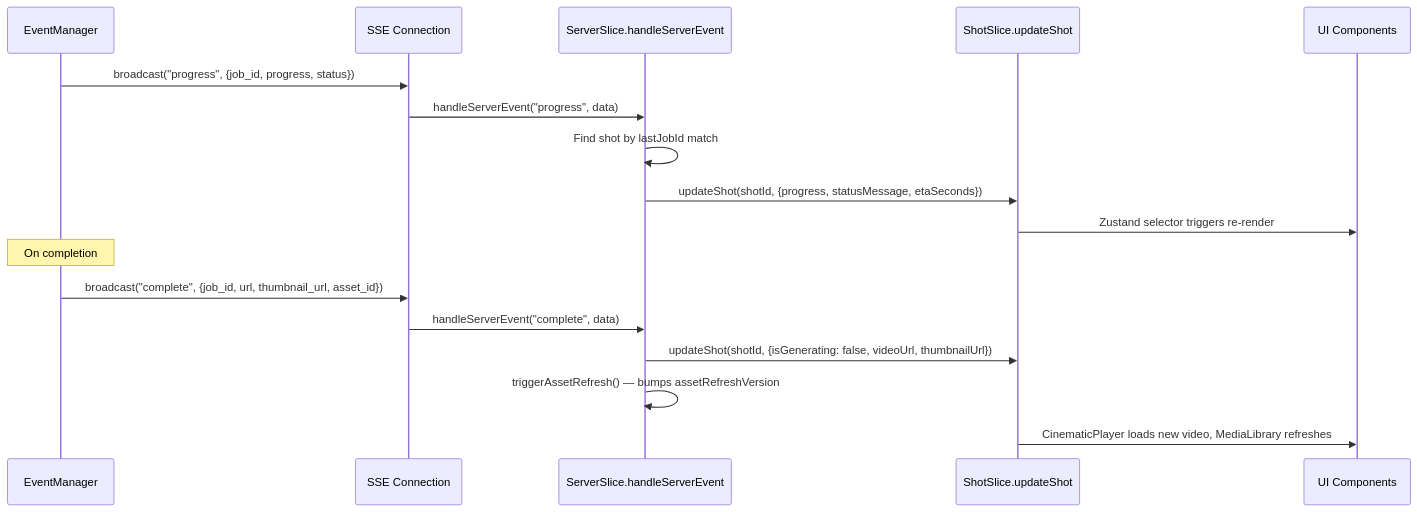
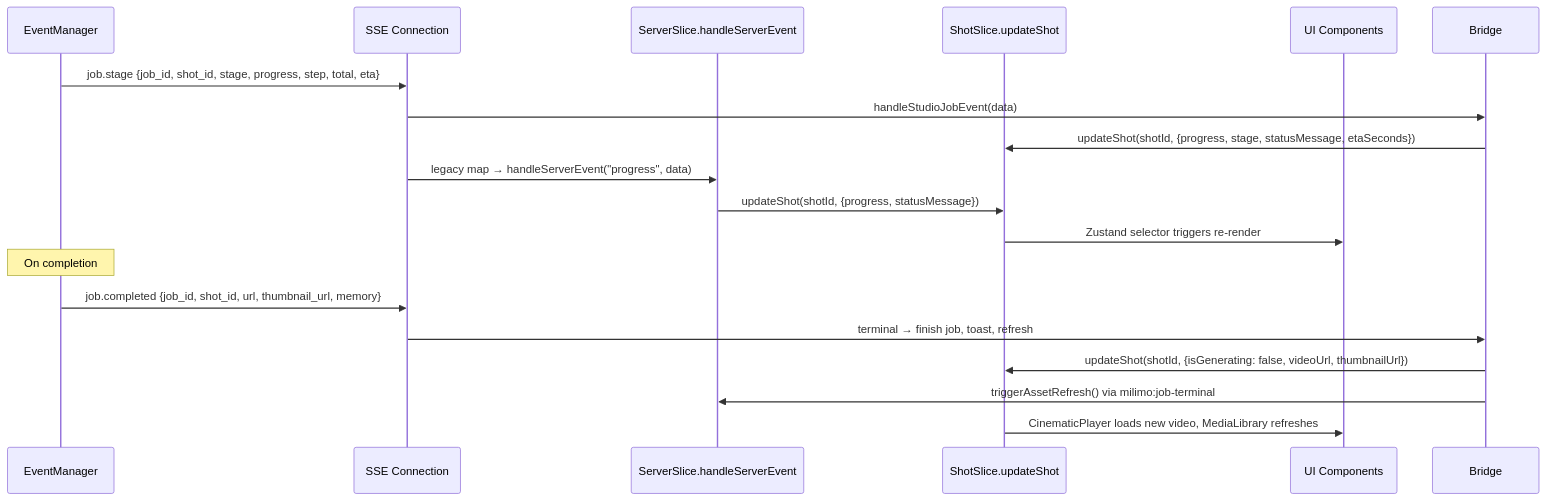
One commit to mainza-ai/milimovideo changed the third of 3 diagrams in docs/04_frontend_state.md. Above: the diagram before and after it, drawn with Mermaid. The commit also changed other lines of this file and 26 other files, not shown here.

First line of the commit message:
docs: sync README, wiki, and technical docs with the memory/event plane

````diff
--- a/docs/04_frontend_state.md
+++ b/docs/04_frontend_state.md
@@ -282,21 +305,22 @@
 ```mermaid
 sequenceDiagram
     participant Backend as EventManager
     participant SSE as SSE Connection
     participant Server as ServerSlice.handleServerEvent
     participant Shot as ShotSlice.updateShot
     participant UI as UI Components
 
-    Backend->>SSE: broadcast("progress", {job_id, progress, status})
-    SSE->>Server: handleServerEvent("progress", data)
-    Server->>Server: Find shot by lastJobId match
-    Server->>Shot: updateShot(shotId, {progress, statusMessage, etaSeconds})
+    Backend->>SSE: job.stage {job_id, shot_id, stage, progress, step, total, eta}
+    SSE->>Bridge: handleStudioJobEvent(data)
+    Bridge->>Shot: updateShot(shotId, {progress, stage, statusMessage, etaSeconds})
+    SSE->>Server: legacy map → handleServerEvent("progress", data)
+    Server->>Shot: updateShot(shotId, {progress, statusMessage})
     Shot->>UI: Zustand selector triggers re-render
 
     Note over Backend: On completion
-    Backend->>SSE: broadcast("complete", {job_id, url, thumbnail_url, asset_id})
-    SSE->>Server: handleServerEvent("complete", data)
-    Server->>Shot: updateShot(shotId, {isGenerating: false, videoUrl, thumbnailUrl})
-    Server->>Server: triggerAssetRefresh() — bumps assetRefreshVersion
+    Backend->>SSE: job.completed {job_id, shot_id, url, thumbnail_url, memory}
+    SSE->>Bridge: terminal → finish job, toast, refresh
+    Bridge->>Shot: updateShot(shotId, {isGenerating: false, videoUrl, thumbnailUrl})
+    Bridge->>Server: triggerAssetRefresh() via milimo:job-terminal
     Shot->>UI: CinematicPlayer loads new video, MediaLibrary refreshes
 ```
````
